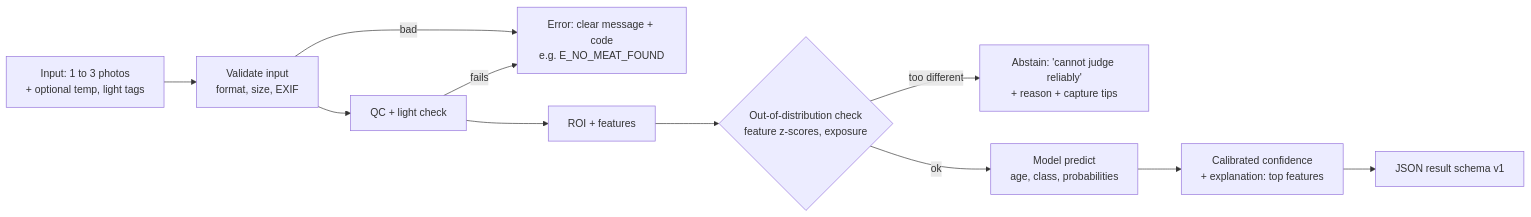
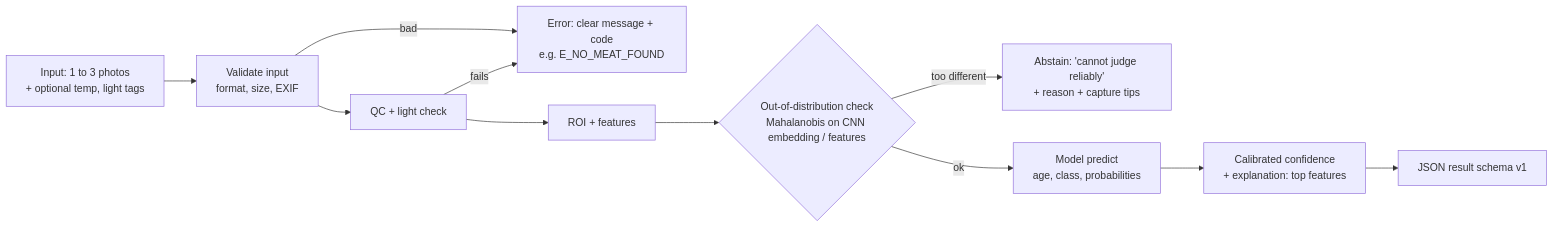
Before and after one commit to tusaryan/FoodLens: the second of 3 diagrams in docs/03_ARCHITECTURE.md, drawn with Mermaid. The commit also changed other lines of this file and 21 other files, not shown here.

````diff
--- a/docs/03_ARCHITECTURE.md
+++ b/docs/03_ARCHITECTURE.md
@@ -37,13 +40,13 @@
 ```mermaid
 flowchart LR
   U[Input: 1 to 3 photos<br/>+ optional temp, light tags] --> V[Validate input<br/>format, size, EXIF]
   V -->|bad| E1[Error: clear message + code<br/>e.g. E_NO_MEAT_FOUND]
   V --> Q[QC + light check]
   Q -->|fails| E1
   Q --> R[ROI + features]
-  R --> OOD{Out-of-distribution check<br/>feature z-scores, exposure}
+  R --> OOD{Out-of-distribution check<br/>Mahalanobis on CNN embedding / features}
   OOD -->|too different| AB[Abstain: 'cannot judge reliably'<br/>+ reason + capture tips]
   OOD -->|ok| P[Model predict<br/>age, class, probabilities]
   P --> C2[Calibrated confidence<br/>+ explanation: top features]
   C2 --> OUT[JSON result schema v1]
 ```
````
